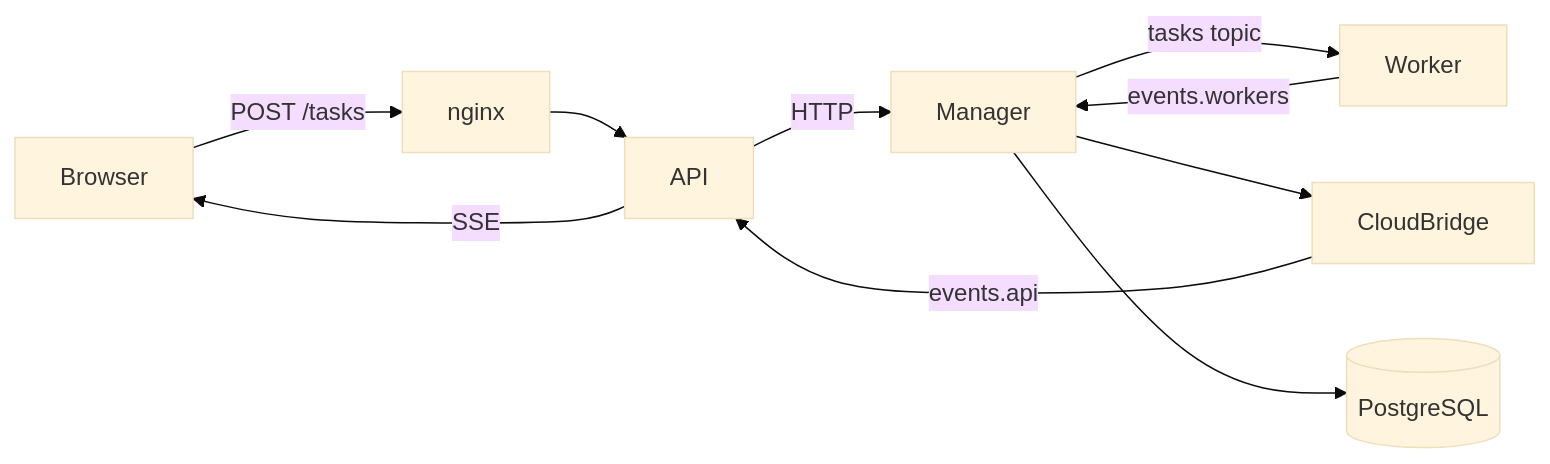
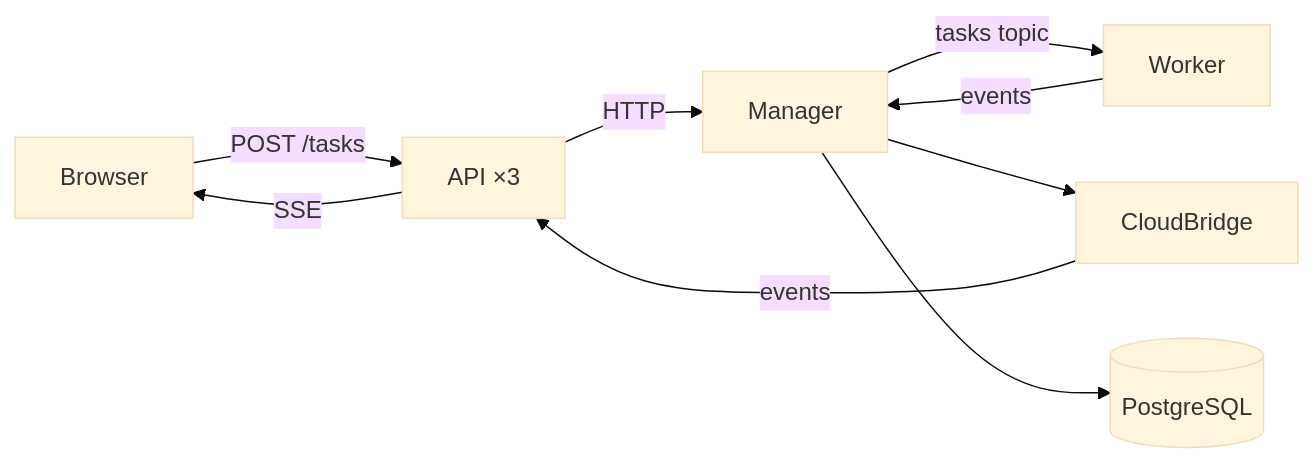
The sixth of 6 diagrams in docs/CODEMAPS/architecture.md (deyarchit/work-distribution-patterns), drawn with Mermaid (base theme) before and after one commit. The commit also changed other lines of this file and 4 other files, not shown here.

````diff
--- a/docs/CODEMAPS/architecture.md
+++ b/docs/CODEMAPS/architecture.md
@@ -134,12 +111,11 @@
 ```mermaid
 flowchart LR
-    Browser -->|POST /tasks| nginx
-    nginx --> API
+    Browser -->|POST /tasks| API[API ×3]
     API -->|HTTP| Manager
     Manager -->|tasks topic| Worker
-    Worker -->|events.workers| Manager
+    Worker -->|events| Manager
     Manager --> CB[CloudBridge]
-    CB -->|events.api| API
+    CB -->|events| API
     API -->|SSE| Browser
     Manager --> PG[(PostgreSQL)]
 ```
````
